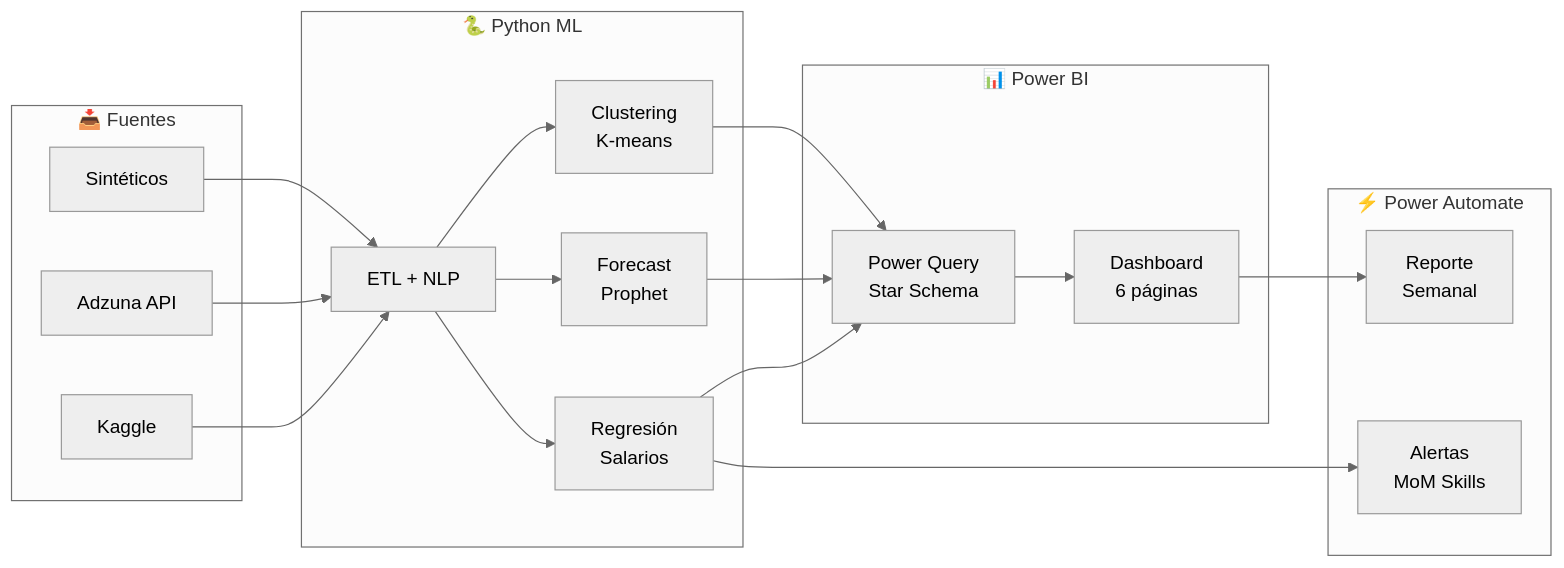
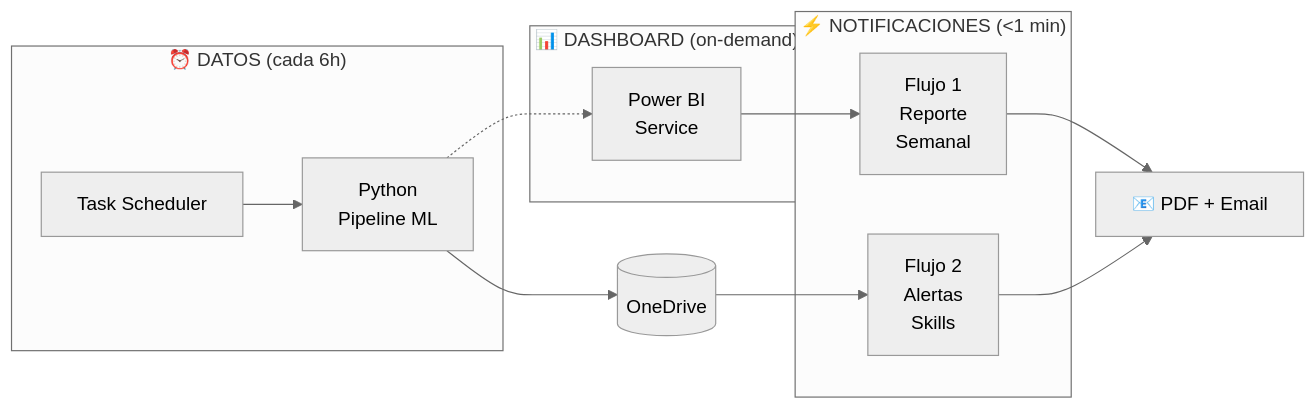
The diagram in README.md (IngBilbao/observatorio-mercado-laboral), drawn with Mermaid (neutral theme) before and after one commit. The commit also changed other lines of this file and 9 other files, not shown here.

````diff
--- a/README.md
+++ b/README.md
@@ -70,35 +70,20 @@
 ```mermaid
 flowchart LR
-    subgraph fuentes ["📥 Fuentes"]
-        A[Sintéticos]
-        B[Adzuna API]
-        C[Kaggle]
+    subgraph c1 ["⏰ DATOS (cada 6h)"]
+        TS[Task Scheduler] --> PY[Python<br/>Pipeline ML]
     end
-    subgraph pipeline ["🐍 Python ML"]
-        D[ETL + NLP]
-        E[Clustering<br/>K-means]
-        F[Forecast<br/>Prophet]
-        G[Regresión<br/>Salarios]
+    subgraph c2 ["⚡ NOTIFICACIONES (&lt;1 min)"]
+        F1[Flujo 1<br/>Reporte<br/>Semanal]
+        F2[Flujo 2<br/>Alertas<br/>Skills]
     end
-    subgraph bi ["📊 Power BI"]
-        H[Power Query<br/>Star Schema]
-        I[Dashboard<br/>6 páginas]
-    end
-    subgraph auto ["⚡ Power Automate"]
-        J[Reporte<br/>Semanal]
-        K[Alertas<br/>MoM Skills]
+    subgraph c3 ["📊 DASHBOARD (on-demand)"]
+        PBI[Power BI<br/>Service]
     end
 
-    A --> D
-    B --> D
-    C --> D
-    D --> E
-    D --> F
-    D --> G
-    E --> H
-    F --> H
-    G --> H
-    H --> I
-    I --> J
-    G --> K
+    PY --> OD[(OneDrive)]
+    OD --> F2
+    PY -.-> PBI
+    F1 --> MAIL[📧 PDF + Email]
+    F2 --> MAIL
+    PBI --> F1
 ```
````
